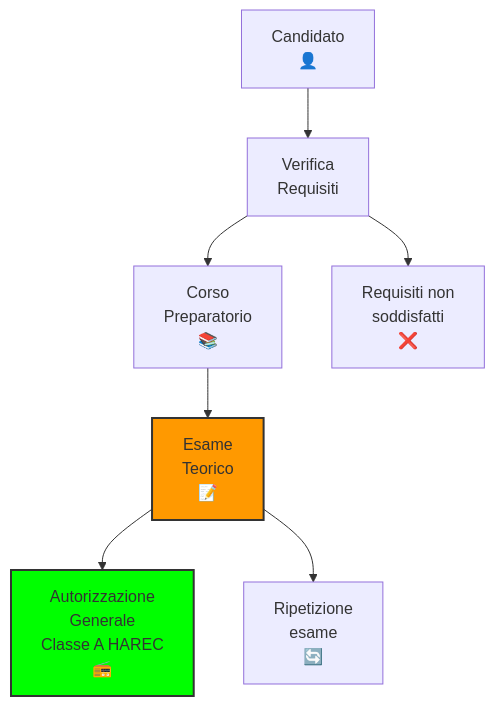
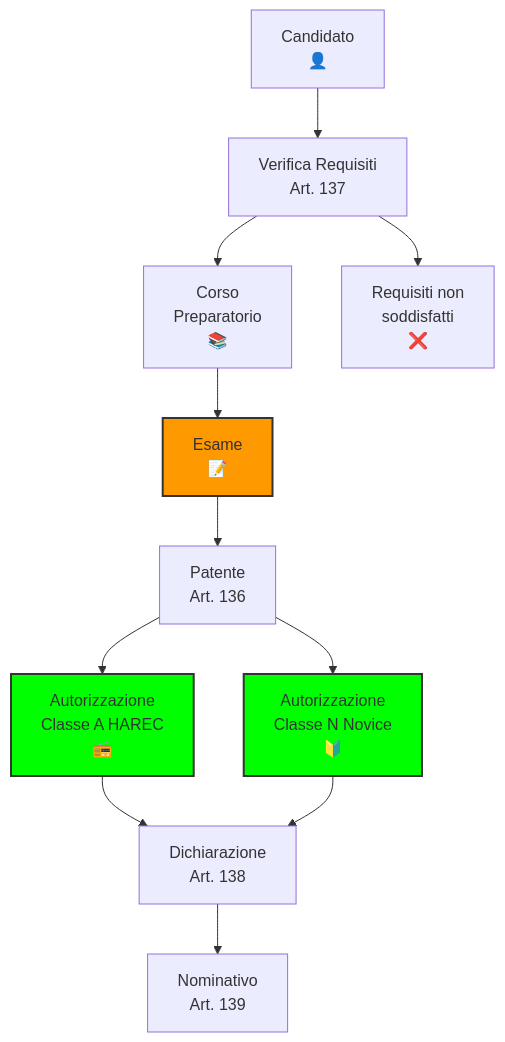
One commit to IU6VYG/esame-radioamatori changed the second of 4 diagrams in website/docs/C_Regolamentazione/3_Legislazione_Nazionale.md. Above: the diagram before and after it, drawn with Mermaid. The commit also changed other lines of this file and 32 other files, not shown here.

````diff
--- a/website/docs/C_Regolamentazione/3_Legislazione_Nazionale.md
+++ b/website/docs/C_Regolamentazione/3_Legislazione_Nazionale.md
@@ -71,13 +71,17 @@
 ```mermaid
 graph TD;
-    Candidato["Candidato<br>👤"] --> Requisiti["Verifica<br>Requisiti"];
+    Candidato["Candidato<br>👤"] --> Requisiti["Verifica Requisiti<br>Art. 137"];
     Requisiti --> Corso["Corso<br>Preparatorio<br>📚"];
-    Corso --> EsameTeorico["Esame<br>Teorico<br>📝"];
-    EsameTeorico --> Autorizzazione["Autorizzazione<br>Generale<br>Classe A HAREC<br>📻"];
+    Corso --> Esame["Esame<br>📝"];
+    Esame --> Patente["Patente<br>Art. 136"];
+    Patente --> ClasseA["Autorizzazione<br>Classe A HAREC<br>📻"];
+    Patente --> ClasseN["Autorizzazione<br>Classe N Novice<br>🔰"];
+    ClasseA --> Dichiarazione["Dichiarazione<br>Art. 138"];
+    ClasseN --> Dichiarazione;
+    Dichiarazione --> Nominativo["Nominativo<br>Art. 139"];
     Requisiti --> No["Requisiti non<br>soddisfatti<br>❌"];
-    EsameTeorico --> Ripetizione["Ripetizione<br>esame<br>🔄"];
     classDef esame fill:#f90,stroke:#333,stroke-width:2px;
-    class EsameTeorico esame;
+    class Esame esame;
     classDef successo fill:#0f0,stroke:#333,stroke-width:2px;
-    class Autorizzazione successo;
+    class ClasseA,ClasseN successo;
 ```
````
